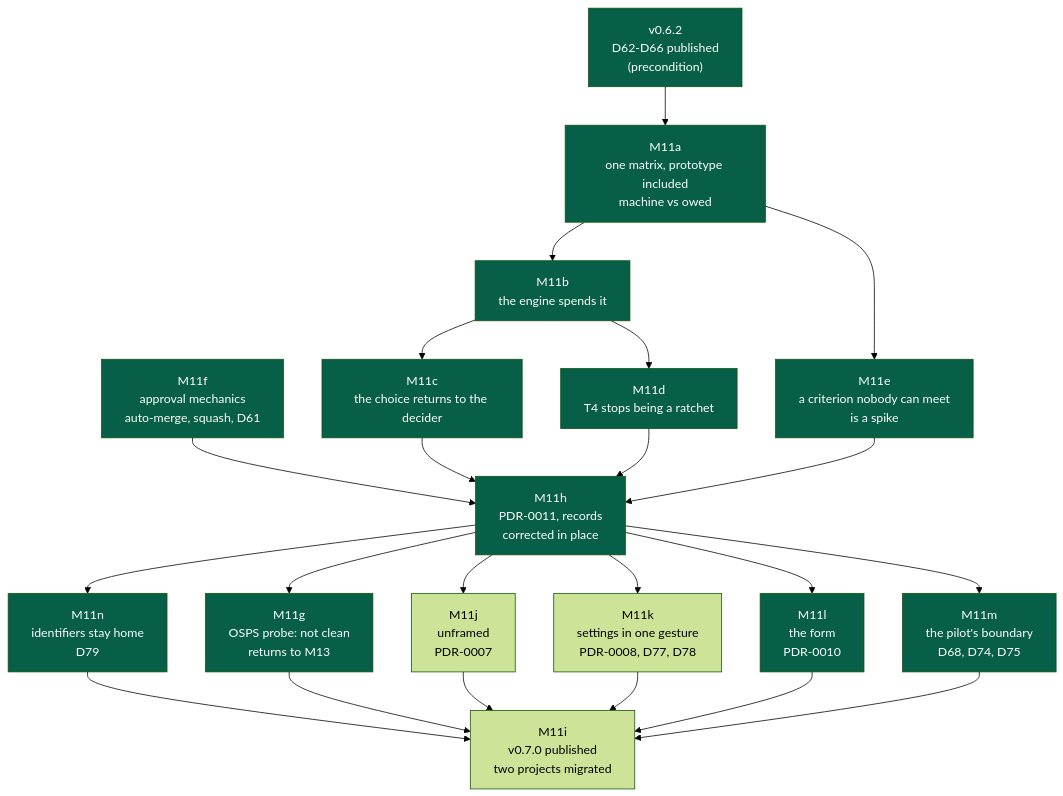
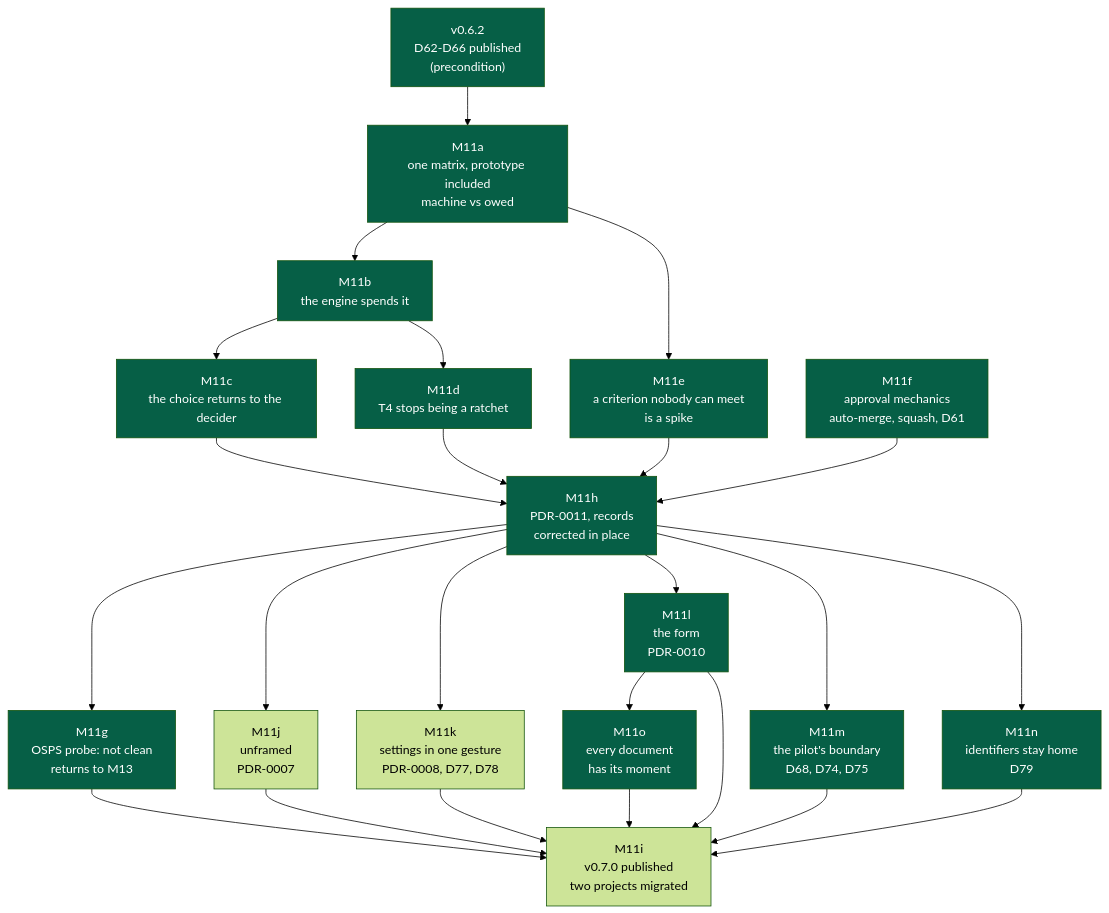
One commit to NapkinStack/engineering-os changed the first of 2 diagrams in docs/governance/plans/2026-09-23-m11-ceremony-follows-consequence.md. Above: the diagram before and after it, drawn with Mermaid (forest theme). The commit also changed other lines of this file and 24 other files, not shown here.

````diff
--- a/docs/governance/plans/2026-09-23-m11-ceremony-follows-consequence.md
+++ b/docs/governance/plans/2026-09-23-m11-ceremony-follows-consequence.md
@@ -140,26 +140,28 @@
 ```mermaid
 flowchart TD
     V62["v0.6.2<br/>D62-D66 published<br/>(precondition)"]:::done --> A
     A["M11a<br/>one matrix, prototype included<br/>machine vs owed"]:::done --> B["M11b<br/>the engine spends it"]:::done
     B --> C["M11c<br/>the choice returns to the decider"]:::done
     B --> D["M11d<br/>T4 stops being a ratchet"]:::done
     A --> E["M11e<br/>a criterion nobody can meet<br/>is a spike"]:::done
     F["M11f<br/>approval mechanics<br/>auto-merge, squash, D61"]:::done --> H
     C --> H["M11h<br/>PDR-0011, records<br/>corrected in place"]:::done
     D --> H
     E --> H
     H --> G["M11g<br/>OSPS probe: not clean<br/>returns to M13"]:::done
     H --> J["M11j<br/>unframed<br/>PDR-0007"]
     H --> K["M11k<br/>settings in one gesture<br/>PDR-0008, D77, D78"]
     H --> L["M11l<br/>the form<br/>PDR-0010"]:::done
     H --> M["M11m<br/>the pilot's boundary<br/>D68, D74, D75"]:::done
     H --> N["M11n<br/>identifiers stay home<br/>D79"]:::done
+    L --> O["M11o<br/>every document<br/>has its moment"]:::done
+    O --> I
     N --> I
     G --> I["M11i<br/>v0.7.0 published<br/>two projects migrated"]
     J --> I
     K --> I
     L --> I
     M --> I
 
     classDef done fill:#065f46,color:#fff
 ```
````
